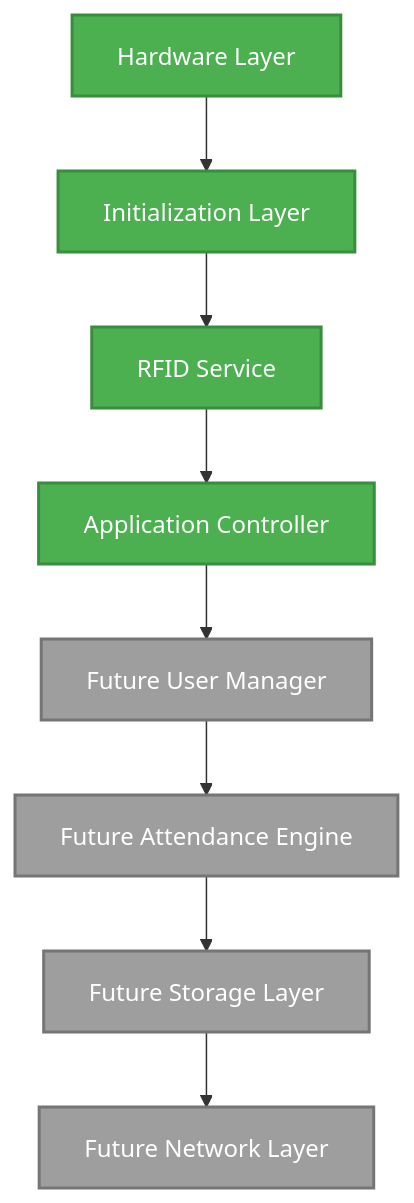
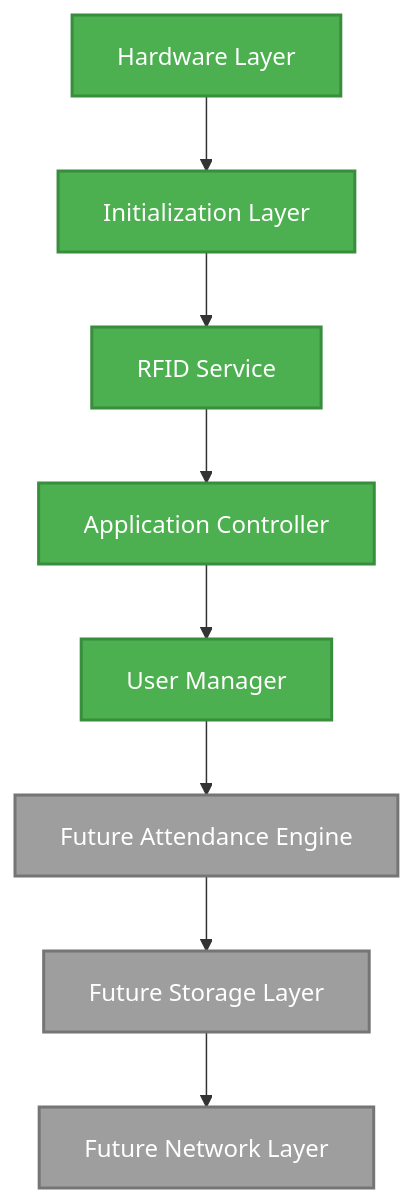
One commit to Ayaan1911/ESP32-RFID-Attendance-System changed the diagram in README.md. Above: the diagram before and after it, drawn with Mermaid. The commit also changed other lines of this file and 3 other files, not shown here.

````diff
--- a/README.md
+++ b/README.md
@@ -48,19 +52,19 @@
 ```mermaid
 graph TD
     A[Hardware Layer] --> B[Initialization Layer]
     B --> C[RFID Service]
     C --> D[Application Controller]
-    D --> E[Future User Manager]
+    D --> E[User Manager]
     E --> F[Future Attendance Engine]
     F --> G[Future Storage Layer]
     G --> H[Future Network Layer]
 
     style A fill:#4CAF50,stroke:#388E3C,stroke-width:2px,color:#fff
     style B fill:#4CAF50,stroke:#388E3C,stroke-width:2px,color:#fff
     style C fill:#4CAF50,stroke:#388E3C,stroke-width:2px,color:#fff
     style D fill:#4CAF50,stroke:#388E3C,stroke-width:2px,color:#fff
-    style E fill:#9E9E9E,stroke:#757575,stroke-width:2px,color:#fff
+    style E fill:#4CAF50,stroke:#388E3C,stroke-width:2px,color:#fff
     style F fill:#9E9E9E,stroke:#757575,stroke-width:2px,color:#fff
     style G fill:#9E9E9E,stroke:#757575,stroke-width:2px,color:#fff
     style H fill:#9E9E9E,stroke:#757575,stroke-width:2px,color:#fff
 ```
````
